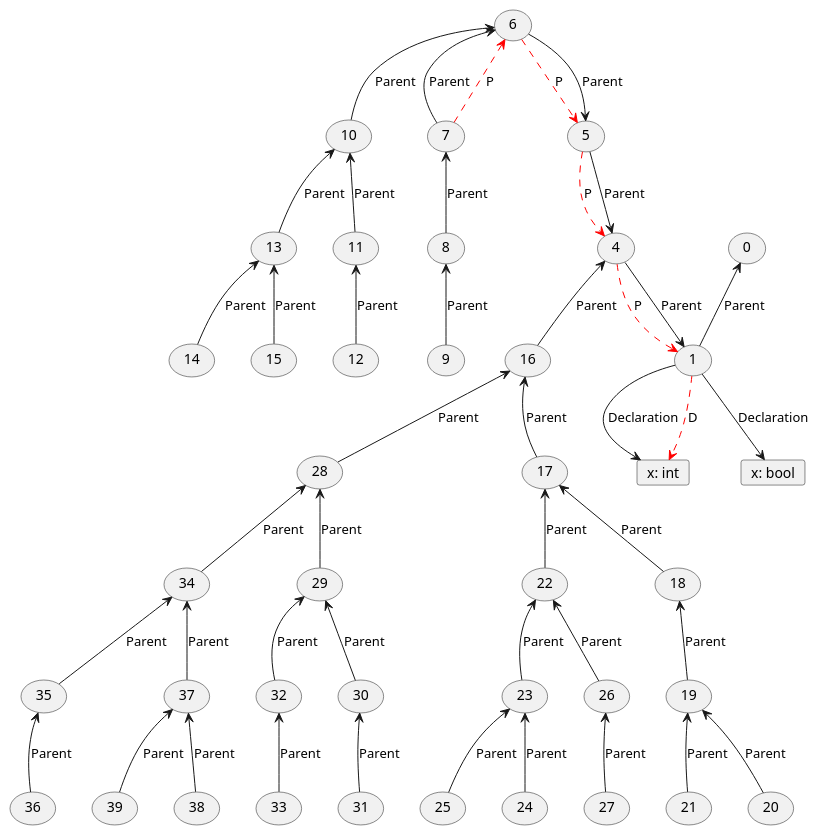
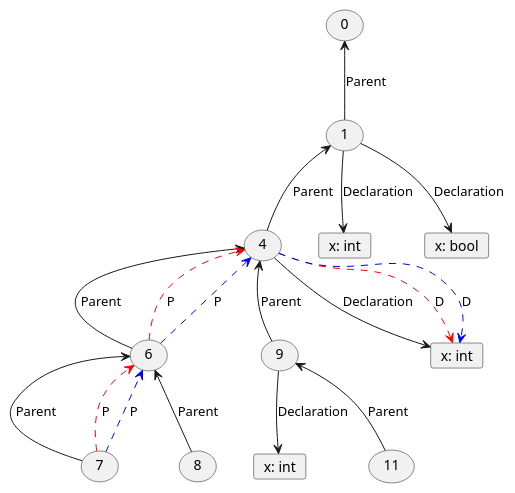
The diagram in output.puml (Achtuur/scope-graph), drawn with PlantUML before and after one commit. The commit also changed 5 other files, not shown here.

```diff
--- a/output.puml
+++ b/output.puml
@@ -1,89 +1,35 @@
 @startuml "Query1: Scope(7), label_reg=P*D, label_order=D ＜ P, data_eq=x:int"
 'skinparam linetype ortho
+usecase "0" as scope_0
+usecase "7" as scope_7
+usecase "4" as scope_4
 usecase "9" as scope_9
+card "x: int" as scope_10
 usecase "6" as scope_6
-usecase "7" as scope_7
-usecase "12" as scope_12
-usecase "27" as scope_27
-usecase "19" as scope_19
-usecase "28" as scope_28
-usecase "25" as scope_25
-usecase "31" as scope_31
-usecase "37" as scope_37
-usecase "18" as scope_18
-usecase "13" as scope_13
-usecase "14" as scope_14
-usecase "24" as scope_24
+usecase "11" as scope_11
+usecase "8" as scope_8
 card "x: int" as scope_2
-usecase "4" as scope_4
-usecase "21" as scope_21
-usecase "39" as scope_39
-usecase "22" as scope_22
-usecase "17" as scope_17
-usecase "29" as scope_29
-usecase "26" as scope_26
+usecase "1" as scope_1
+card "x: int" as scope_5
 card "x: bool" as scope_3
-usecase "8" as scope_8
-usecase "20" as scope_20
-usecase "0" as scope_0
-usecase "16" as scope_16
-usecase "32" as scope_32
-usecase "11" as scope_11
-usecase "30" as scope_30
-usecase "33" as scope_33
-usecase "35" as scope_35
-usecase "1" as scope_1
-usecase "23" as scope_23
-usecase "15" as scope_15
-usecase "38" as scope_38
-usecase "34" as scope_34
-usecase "36" as scope_36
-usecase "5" as scope_5
-usecase "10" as scope_10
-scope_9 -u-> scope_8 : Parent
-scope_6 -u-> scope_5 : Parent
 scope_7 -u-> scope_6 : Parent
-scope_12 -u-> scope_11 : Parent
-scope_27 -u-> scope_26 : Parent
-scope_19 -u-> scope_18 : Parent
-scope_28 -u-> scope_16 : Parent
-scope_25 -u-> scope_23 : Parent
-scope_31 -u-> scope_30 : Parent
-scope_37 -u-> scope_34 : Parent
-scope_18 -u-> scope_17 : Parent
-scope_13 -u-> scope_10 : Parent
-scope_14 -u-> scope_13 : Parent
-scope_24 -u-> scope_23 : Parent
+scope_4 --> scope_5 : Declaration
 scope_4 -u-> scope_1 : Parent
-scope_21 -u-> scope_19 : Parent
-scope_39 -u-> scope_37 : Parent
-scope_22 -u-> scope_17 : Parent
-scope_17 -u-> scope_16 : Parent
-scope_29 -u-> scope_28 : Parent
-scope_26 -u-> scope_22 : Parent
-scope_8 -u-> scope_7 : Parent
-scope_20 -u-> scope_19 : Parent
-scope_16 -u-> scope_4 : Parent
-scope_32 -u-> scope_29 : Parent
-scope_11 -u-> scope_10 : Parent
-scope_30 -u-> scope_29 : Parent
-scope_33 -u-> scope_32 : Parent
-scope_35 -u-> scope_34 : Parent
+scope_9 --> scope_10 : Declaration
+scope_9 -u-> scope_4 : Parent
+scope_6 -u-> scope_4 : Parent
+scope_11 -u-> scope_9 : Parent
+scope_8 -u-> scope_6 : Parent
 scope_1 --> scope_2 : Declaration
 scope_1 --> scope_3 : Declaration
 scope_1 -u-> scope_0 : Parent
-scope_23 -u-> scope_22 : Parent
-scope_15 -u-> scope_13 : Parent
-scope_38 -u-> scope_37 : Parent
-scope_34 -u-> scope_28 : Parent
-scope_36 -u-> scope_35 : Parent
-scope_5 -u-> scope_4 : Parent
-scope_10 -u-> scope_6 : Parent
 
 
 scope_7 --> scope_6 #red;line.dashed : P
-scope_6 --> scope_5 #red;line.dashed : P
-scope_5 --> scope_4 #red;line.dashed : P
-scope_4 --> scope_1 #red;line.dashed : P
-scope_1 --> scope_2 #red;line.dashed : D
+scope_6 --> scope_4 #red;line.dashed : P
+scope_4 --> scope_5 #red;line.dashed : D
+
+scope_7 --> scope_6 #blue;line.dashed : P
+scope_6 --> scope_4 #blue;line.dashed : P
+scope_4 --> scope_5 #blue;line.dashed : D
 @enduml
```
